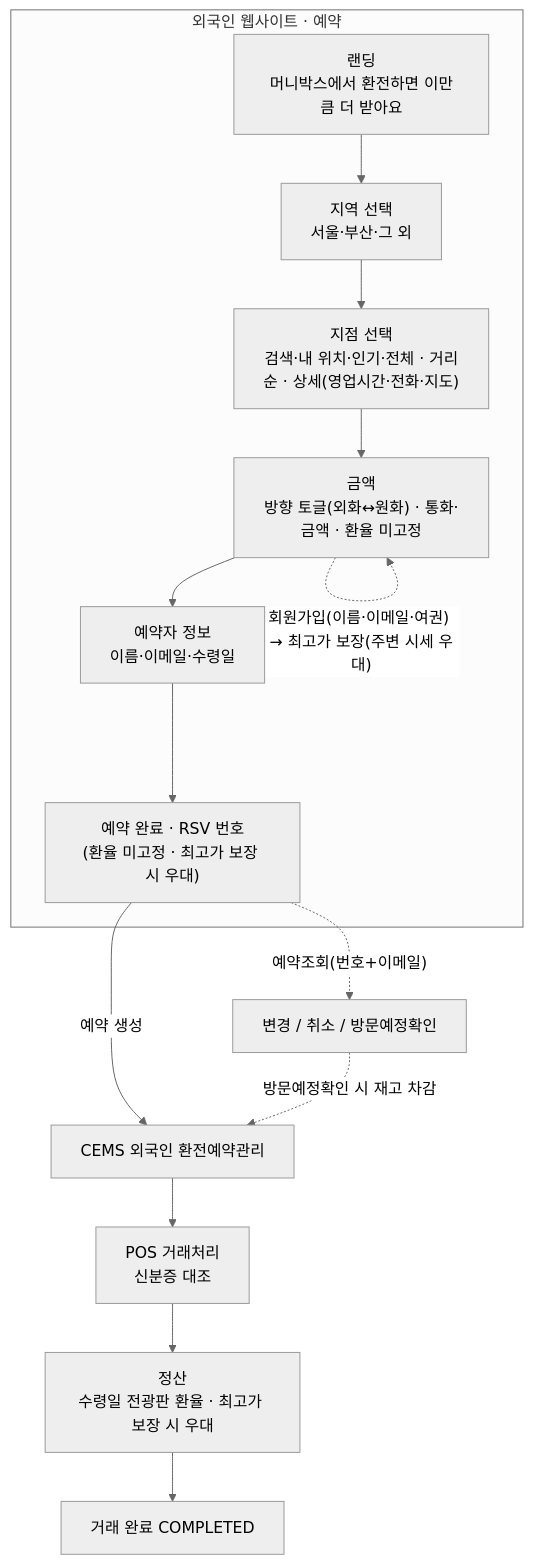
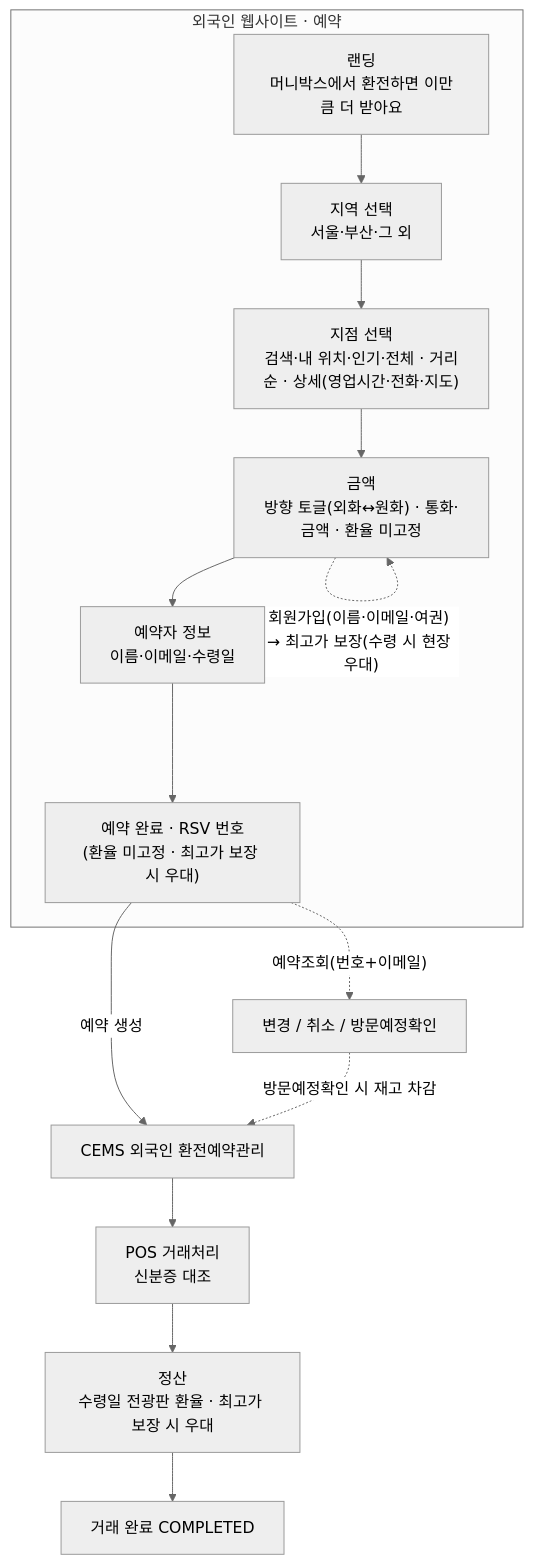
One commit to ahyeonine/moneybox_fw01 changed the diagram in docs-plan/03_플로우.mermaid. Above: the diagram before and after it, drawn with Mermaid (neutral theme). The commit also changed 6 other files, not shown here.

```diff
--- a/docs-plan/03_플로우.mermaid
+++ b/docs-plan/03_플로우.mermaid
@@ -1,18 +1,18 @@
 flowchart TD
   subgraph SITE["외국인 웹사이트 · 예약"]
     A0["랜딩<br/>머니박스에서 환전하면 이만큼 더 받아요"] --> A1["지역 선택<br/>서울·부산·그 외"]
     A1 --> A2["지점 선택<br/>검색·내 위치·인기·전체 · 거리순 · 상세(영업시간·전화·지도)"]
     A2 --> A3["금액<br/>방향 토글(외화↔원화) · 통화·금액 · 환율 미고정"]
     A3 --> A4["예약자 정보<br/>이름·이메일·수령일"]
     A4 --> A5["예약 완료 · RSV 번호<br/>(환율 미고정 · 최고가 보장 시 우대)"]
   end
 
-  A3 -. "회원가입(이름·이메일·여권) → 최고가 보장(주변 시세 우대)" .-> A3
+  A3 -. "회원가입(이름·이메일·여권) → 최고가 보장(수령 시 현장 우대)" .-> A3
 
   A5 -->|"예약 생성"| C["CEMS 외국인 환전예약관리"]
   C --> D["POS 거래처리<br/>신분증 대조"]
   D --> E["정산<br/>수령일 전광판 환율 · 최고가 보장 시 우대"]
   E --> F["거래 완료 COMPLETED"]
 
   A5 -. "예약조회(번호+이메일)" .-> L["변경 / 취소 / 방문예정확인"]
   L -. "방문예정확인 시 재고 차감" .-> C
```
